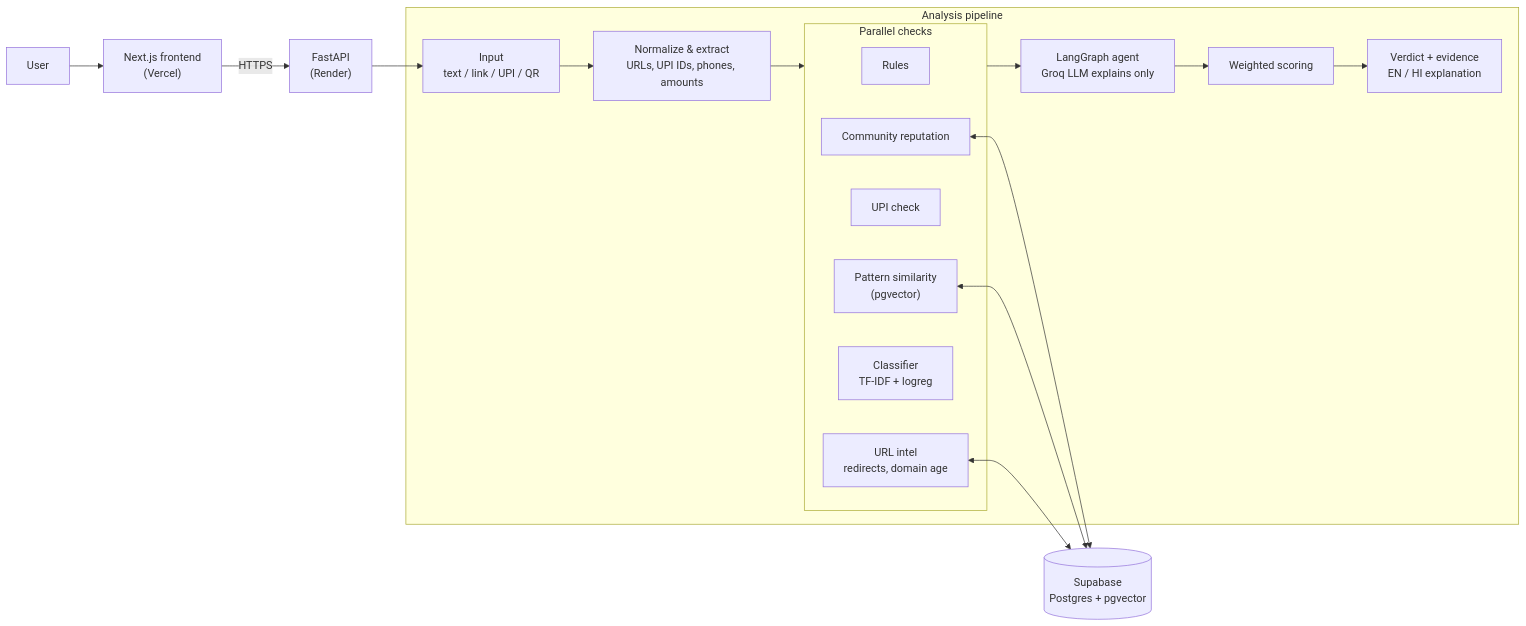
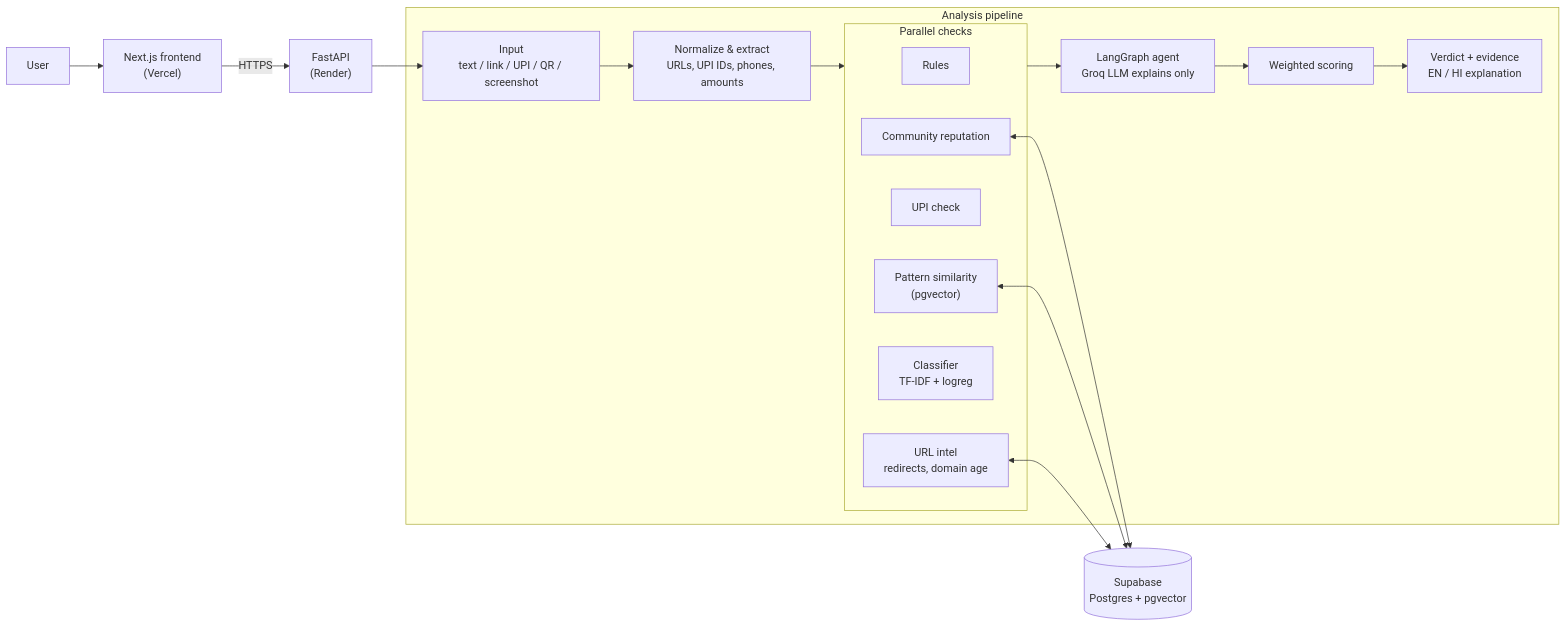
The diagram in README.md (UkatoSpeaks/Kavach), drawn with Mermaid before and after one commit. The commit also changed other lines of this file and 29 other files, not shown here.

````diff
--- a/README.md
+++ b/README.md
@@ -26,26 +27,26 @@
 ```mermaid
 flowchart LR
     U["User"] --> FE["Next.js frontend<br/>(Vercel)"]
     FE -->|HTTPS| API["FastAPI<br/>(Render)"]
 
     subgraph API_PIPE ["Analysis pipeline"]
-        IN["Input<br/>text / link / UPI / QR"] --> NX["Normalize & extract<br/>URLs, UPI IDs, phones, amounts"]
+        IN["Input<br/>text / link / UPI / QR / screenshot"] --> NX["Normalize & extract<br/>URLs, UPI IDs, phones, amounts"]
         NX --> CHECKS
         subgraph CHECKS ["Parallel checks"]
             R["Rules"]
             URL["URL intel<br/>redirects, domain age"]
             UPI["UPI check"]
             REP["Community reputation"]
             CLF["Classifier<br/>TF-IDF + logreg"]
             PAT["Pattern similarity<br/>(pgvector)"]
         end
         CHECKS --> AG["LangGraph agent<br/>Groq LLM explains only"]
         AG --> SC["Weighted scoring"]
         SC --> OUT["Verdict + evidence<br/>EN / HI explanation"]
     end
 
     API --> IN
     REP <--> DB[("Supabase<br/>Postgres + pgvector")]
     PAT <--> DB
     URL <--> DB
 ```
````
